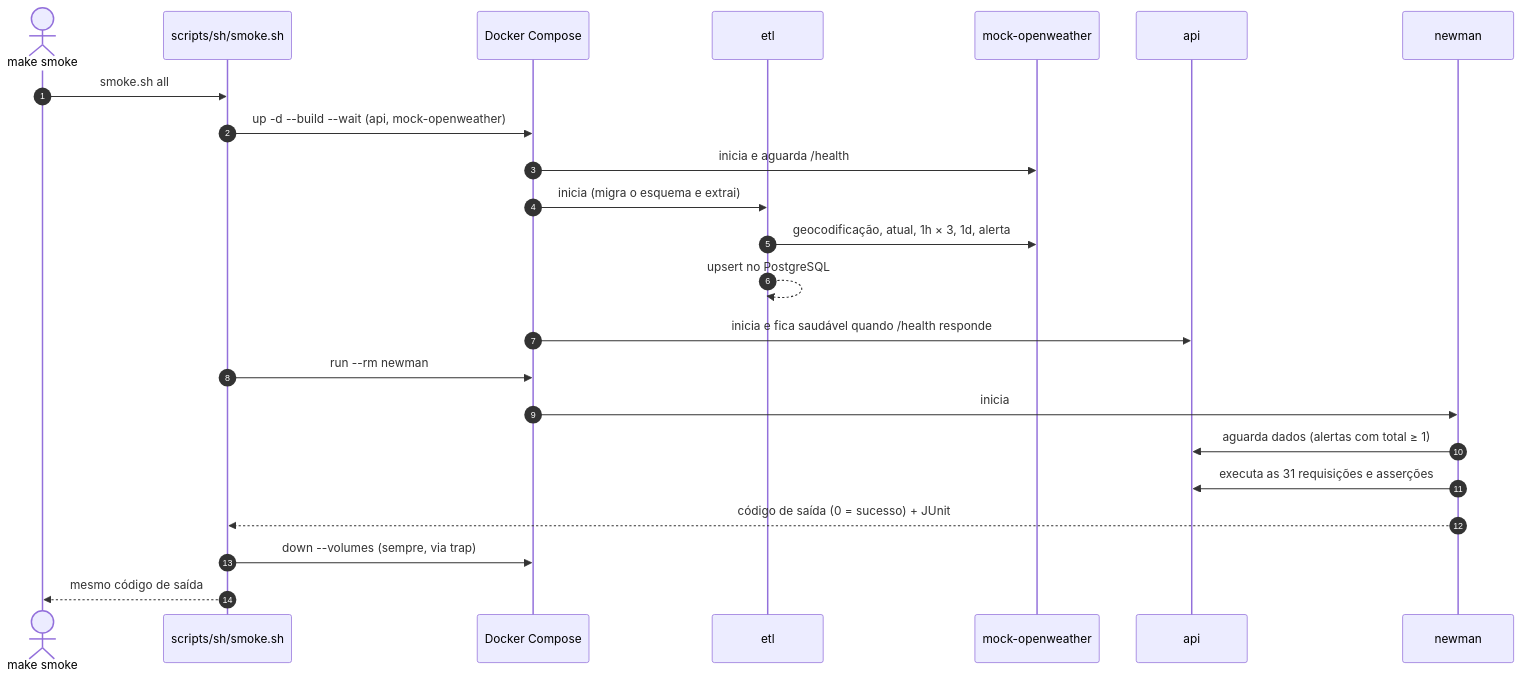
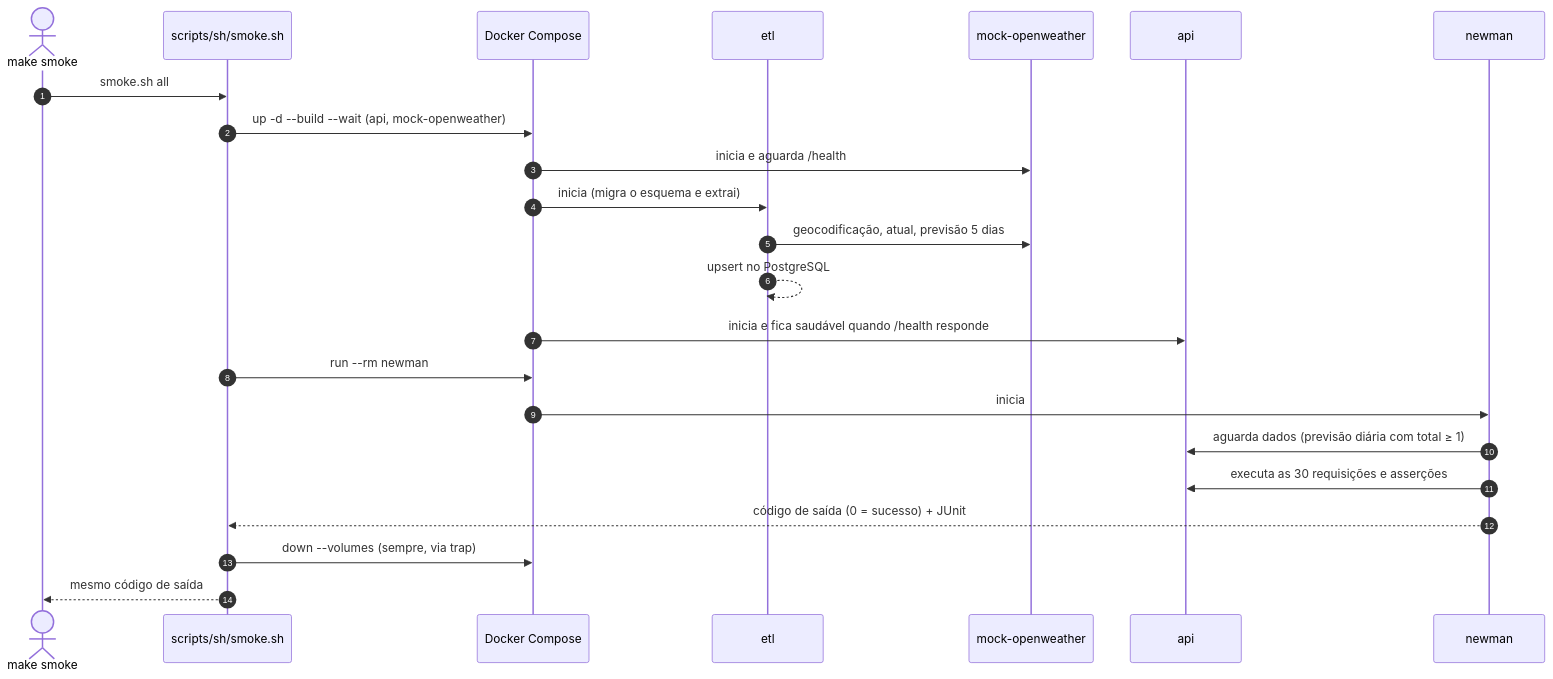
One commit to lwglg/pyweather changed the diagram in docs/md/diagramas/smoke-fluxo.mmd. Above: the diagram before and after it, drawn with Mermaid. The commit also changed 13 other files, not shown here.

```diff
--- a/docs/md/diagramas/smoke-fluxo.mmd
+++ b/docs/md/diagramas/smoke-fluxo.mmd
@@ -1,24 +1,24 @@
 sequenceDiagram
     autonumber
     actor Dev as make smoke
     participant SH as scripts/sh/smoke.sh
     participant DC as Docker Compose
     participant ETL as etl
     participant MK as mock-openweather
     participant API as api
     participant NW as newman
 
     Dev->>SH: smoke.sh all
     SH->>DC: up -d --build --wait (api, mock-openweather)
     DC->>MK: inicia e aguarda /health
     DC->>ETL: inicia (migra o esquema e extrai)
-    ETL->>MK: geocodificação, atual, 1h × 3, 1d, alerta
+    ETL->>MK: geocodificação, atual, previsão 5 dias
     ETL-->>ETL: upsert no PostgreSQL
     DC->>API: inicia e fica saudável quando /health responde
     SH->>DC: run --rm newman
     DC->>NW: inicia
-    NW->>API: aguarda dados (alertas com total ≥ 1)
-    NW->>API: executa as 31 requisições e asserções
+    NW->>API: aguarda dados (previsão diária com total ≥ 1)
+    NW->>API: executa as 30 requisições e asserções
     NW-->>SH: código de saída (0 = sucesso) + JUnit
     SH->>DC: down --volumes (sempre, via trap)
     SH-->>Dev: mesmo código de saída
```
